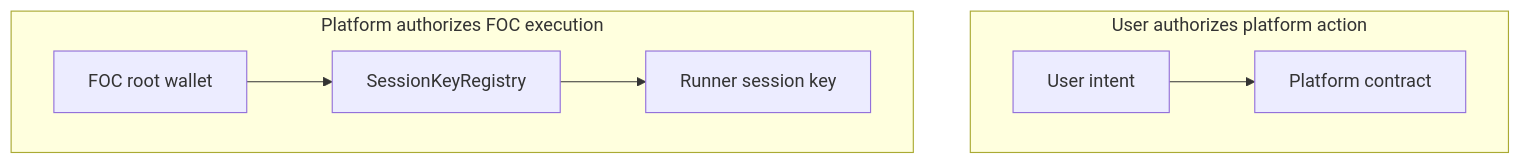
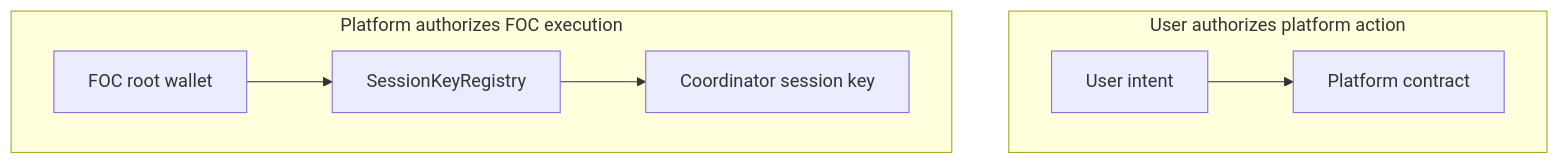
The eighth of 20 diagrams in spec.md (FIL-Builders/foc-platform), drawn with Mermaid before and after one commit. The commit also changed other lines of this file, not shown here.

Commit message:
Replace runner terminology with coordinator

````diff
--- a/spec.md
+++ b/spec.md
@@ -877,10 +877,10 @@
 ```mermaid
 flowchart TD
   subgraph userAuth["User authorizes platform action"]
     intent["User intent"] --> platformContract["Platform contract"]
   end
 
   subgraph platformAuth["Platform authorizes FOC execution"]
-    root["FOC root wallet"] --> registry["SessionKeyRegistry"] --> runnerKey["Runner session key"]
+    root["FOC root wallet"] --> registry["SessionKeyRegistry"] --> coordinatorKey["Coordinator session key"]
   end
 ```
````
